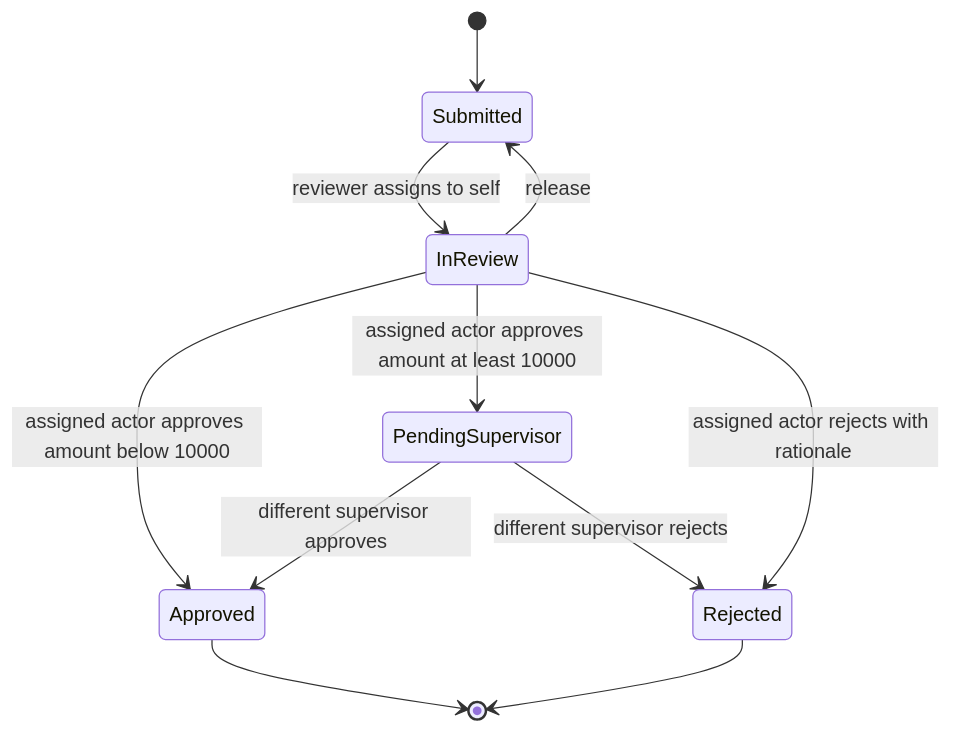
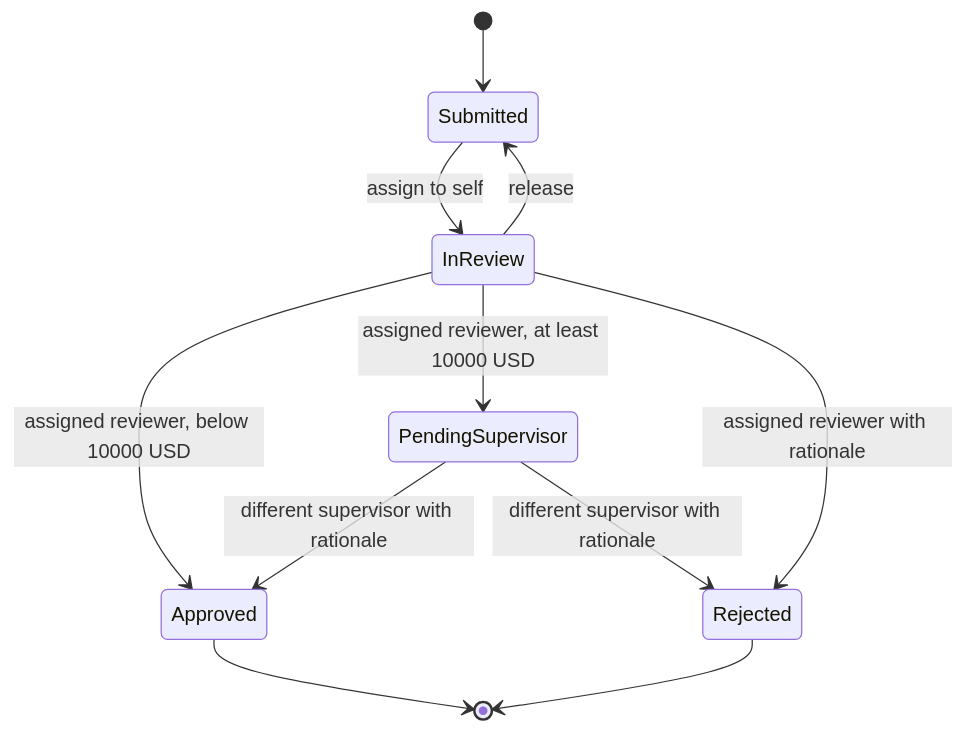
Before and after one commit to ChaitanyaKurumella/claims-workflow-api: the second of 2 diagrams in docs/architecture.md, drawn with Mermaid. The commit also changed other lines of this file and 44 other files, not shown here.

````diff
--- a/docs/architecture.md
+++ b/docs/architecture.md
@@ -21,13 +27,13 @@
 ```mermaid
 stateDiagram-v2
     [*] --> Submitted
-    Submitted --> InReview: reviewer assigns to self
+    Submitted --> InReview: assign to self
     InReview --> Submitted: release
-    InReview --> Approved: assigned actor approves amount below 10000
-    InReview --> PendingSupervisor: assigned actor approves amount at least 10000
-    InReview --> Rejected: assigned actor rejects with rationale
-    PendingSupervisor --> Approved: different supervisor approves
-    PendingSupervisor --> Rejected: different supervisor rejects
+    InReview --> Approved: assigned reviewer, below 10000 USD
+    InReview --> PendingSupervisor: assigned reviewer, at least 10000 USD
+    InReview --> Rejected: assigned reviewer with rationale
+    PendingSupervisor --> Approved: different supervisor with rationale
+    PendingSupervisor --> Rejected: different supervisor with rationale
     Approved --> [*]
     Rejected --> [*]
 ```
````
